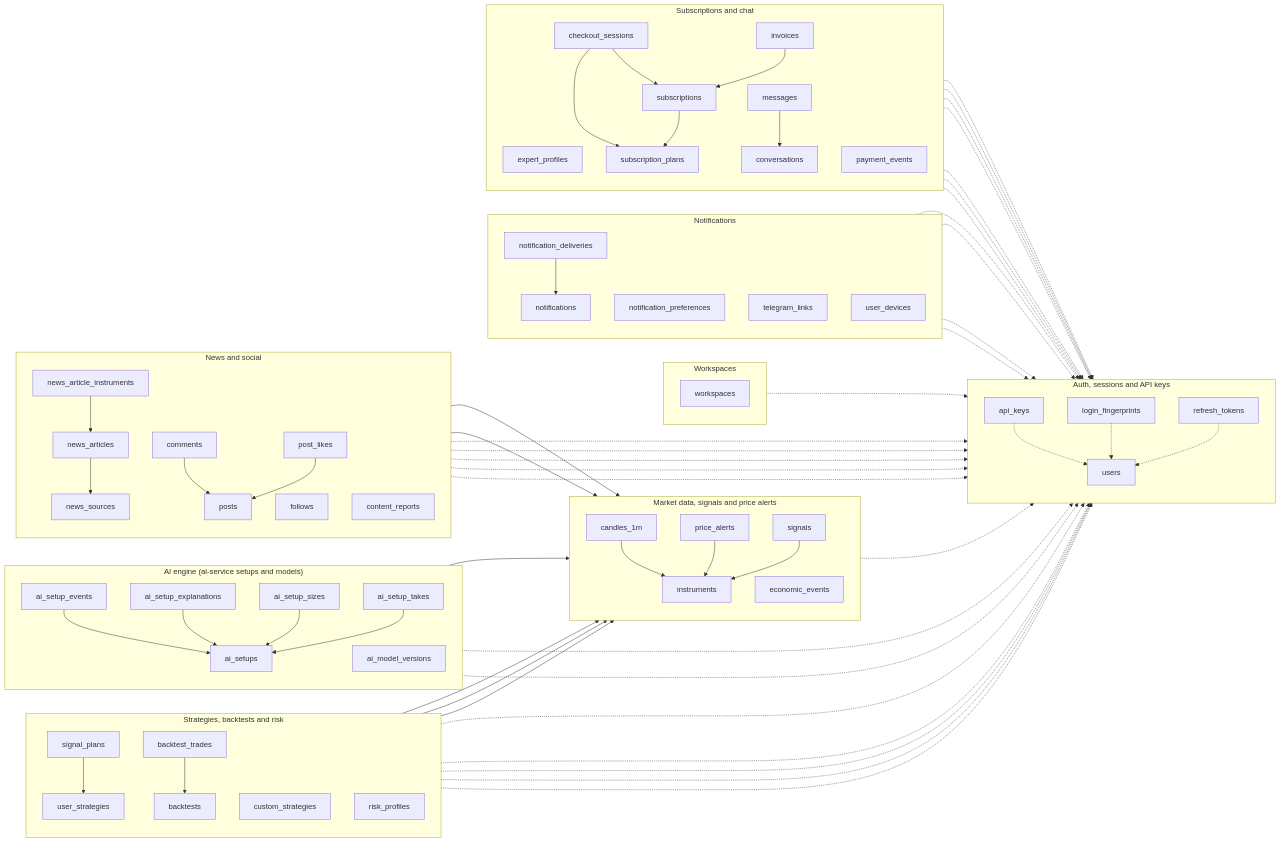
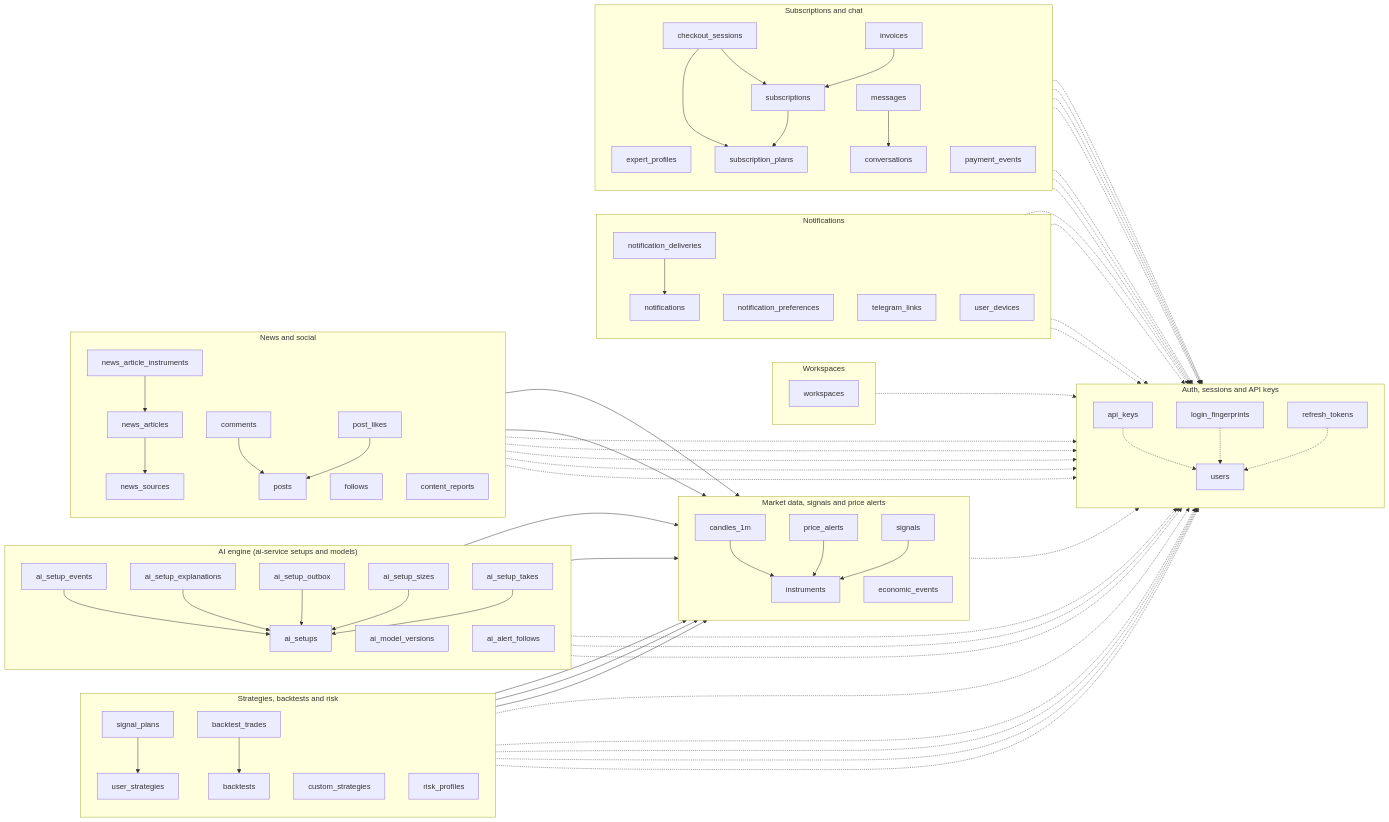
Before and after one commit to yazan-alsamman/ai-trading-analysis-system: the diagram in docs/erd/mmd/overview.mmd, drawn with Mermaid. The commit also changed 16 other files, not shown here.

```diff
--- a/docs/erd/mmd/overview.mmd
+++ b/docs/erd/mmd/overview.mmd
@@ -1,121 +1,126 @@
 flowchart LR
     subgraph domain_auth["Auth, sessions and API keys"]
         direction TB
         users[users]
         refresh_tokens[refresh_tokens]
         api_keys[api_keys]
         login_fingerprints[login_fingerprints]
     end
     subgraph domain_market["Market data, signals and price alerts"]
         direction TB
         instruments[instruments]
         candles_1m[candles_1m]
         signals[signals]
         price_alerts[price_alerts]
         economic_events[economic_events]
     end
     subgraph domain_strategies["Strategies, backtests and risk"]
         direction TB
         user_strategies[user_strategies]
         custom_strategies[custom_strategies]
         backtests[backtests]
         backtest_trades[backtest_trades]
         risk_profiles[risk_profiles]
         signal_plans[signal_plans]
     end
     subgraph domain_ai["AI engine (ai-service setups and models)"]
         direction TB
         ai_setups[ai_setups]
         ai_setup_events[ai_setup_events]
         ai_model_versions[ai_model_versions]
         ai_setup_sizes[ai_setup_sizes]
         ai_setup_takes[ai_setup_takes]
         ai_setup_explanations[ai_setup_explanations]
+        ai_setup_outbox[ai_setup_outbox]
+        ai_alert_follows[ai_alert_follows]
     end
     subgraph domain_workspaces["Workspaces"]
         direction TB
         workspaces[workspaces]
     end
     subgraph domain_notifications["Notifications"]
         direction TB
         notifications[notifications]
         notification_deliveries[notification_deliveries]
         notification_preferences[notification_preferences]
         telegram_links[telegram_links]
         user_devices[user_devices]
     end
     subgraph domain_social["News and social"]
         direction TB
         news_sources[news_sources]
         news_articles[news_articles]
         news_article_instruments[news_article_instruments]
         posts[posts]
         comments[comments]
         post_likes[post_likes]
         follows[follows]
         content_reports[content_reports]
     end
     subgraph domain_subscriptions["Subscriptions and chat"]
         direction TB
         expert_profiles[expert_profiles]
         subscription_plans[subscription_plans]
         subscriptions[subscriptions]
         invoices[invoices]
         checkout_sessions[checkout_sessions]
         payment_events[payment_events]
         conversations[conversations]
         messages[messages]
     end
+    ai_alert_follows --> instruments
+    ai_alert_follows -.-> users
     ai_setup_events --> ai_setups
     ai_setup_explanations --> ai_setups
+    ai_setup_outbox --> ai_setups
     ai_setup_sizes --> ai_setups
     ai_setup_sizes -.-> users
     ai_setup_takes --> ai_setups
     ai_setup_takes -.-> users
     ai_setups --> instruments
     api_keys -.-> users
     backtest_trades --> backtests
     backtests --> instruments
     backtests -.-> users
     candles_1m --> instruments
     checkout_sessions --> subscription_plans
     checkout_sessions --> subscriptions
     checkout_sessions -.-> users
     comments --> posts
     comments -.-> users
     content_reports -.-> users
     conversations -.-> users
     custom_strategies -.-> users
     expert_profiles -.-> users
     follows -.-> users
     invoices --> subscriptions
     invoices -.-> users
     login_fingerprints -.-> users
     messages --> conversations
     messages -.-> users
     news_article_instruments --> instruments
     news_article_instruments --> news_articles
     news_articles --> news_sources
     notification_deliveries --> notifications
     notification_preferences -.-> users
     notifications -.-> users
     post_likes --> posts
     post_likes -.-> users
     posts --> instruments
     posts -.-> users
     price_alerts --> instruments
     price_alerts -.-> users
     refresh_tokens -.-> users
     risk_profiles -.-> users
     signal_plans --> signals
     signal_plans --> user_strategies
     signal_plans -.-> users
     signals --> instruments
     subscription_plans -.-> users
     subscriptions --> subscription_plans
     subscriptions -.-> users
     telegram_links -.-> users
     user_devices -.-> users
     user_strategies --> instruments
     user_strategies -.-> users
     workspaces -.-> users
```
